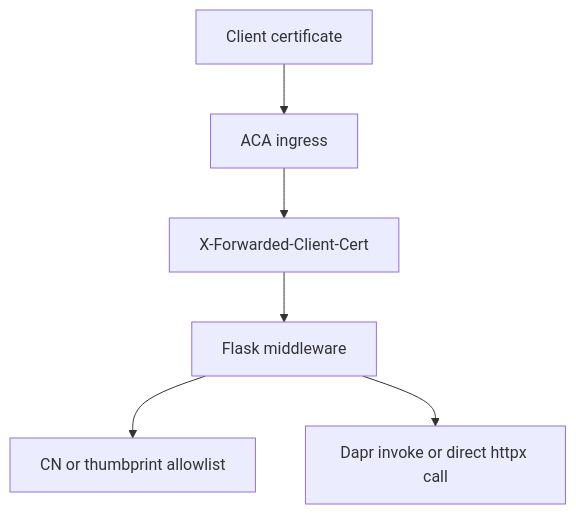
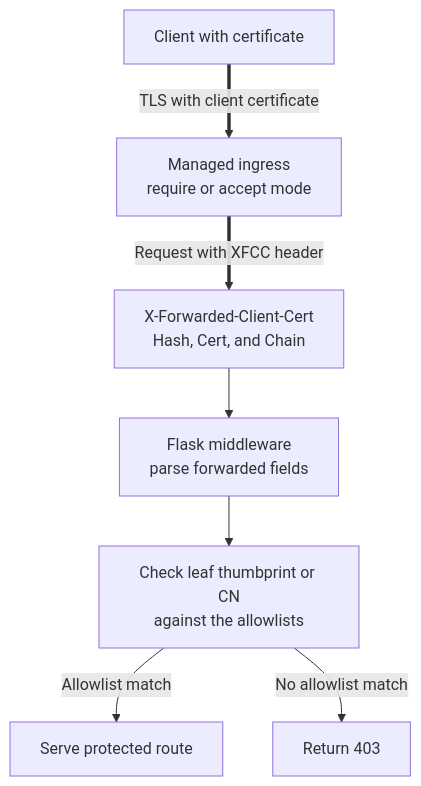
The diagram in docs/language-guides/python/recipes/mtls-client-certificates.md (yeongseon/azure-container-apps-practical-guide), drawn with Mermaid before and after one commit. The commit also changed other lines of this file and 18 other files, not shown here.

Commit message:
docs(diagrams): migrate Python recipe diagrams (#620)

````diff
--- a/docs/language-guides/python/recipes/mtls-client-certificates.md
+++ b/docs/language-guides/python/recipes/mtls-client-certificates.md
@@ -17,8 +17,20 @@
 ```mermaid
 flowchart TD
-    Client[Client certificate] --> Ingress[ACA ingress]
-    Ingress --> Header[X-Forwarded-Client-Cert]
-    Header --> Flask[Flask middleware]
-    Flask --> Policy[CN or thumbprint allowlist]
-    Flask --> Outbound[Dapr invoke or direct httpx call]
+    accTitle: Authorize a forwarded client certificate in Flask
+    accDescr: A client presents a certificate during TLS. Container Apps ingress requires or accepts it and forwards certificate fields in X-Forwarded-Client-Cert. Flask parses only the forwarded leaf certificate and allows its SHA-256 thumbprint or common name when either value appears in the configured allowlist; it does not validate the certificate chain.
+
+    CLIENT[Client with certificate]
+    INGRESS[Managed ingress<br/>require or accept mode]
+    XFCC[X-Forwarded-Client-Cert<br/>Hash, Cert, and Chain]
+    PARSE[Flask middleware<br/>parse forwarded fields]
+    VALIDATE[Check leaf thumbprint or CN<br/>against the allowlists]
+    ALLOW[Serve protected route]
+    DENY[Return 403]
+
+    CLIENT ==>|TLS with client certificate| INGRESS
+    INGRESS ==>|Request with XFCC header| XFCC
+    XFCC --> PARSE
+    PARSE --> VALIDATE
+    VALIDATE -->|Allowlist match| ALLOW
+    VALIDATE -->|No allowlist match| DENY
 ```
````
